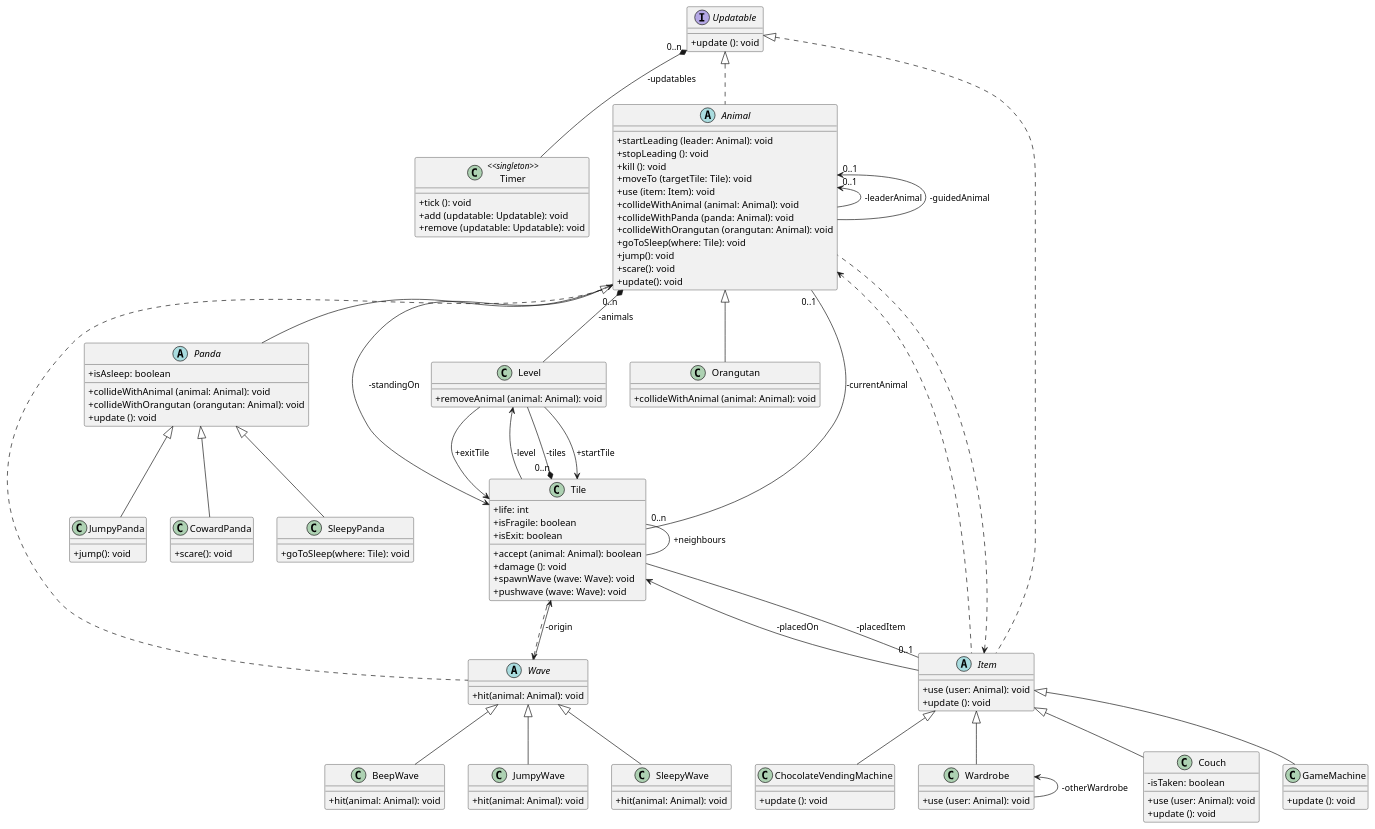
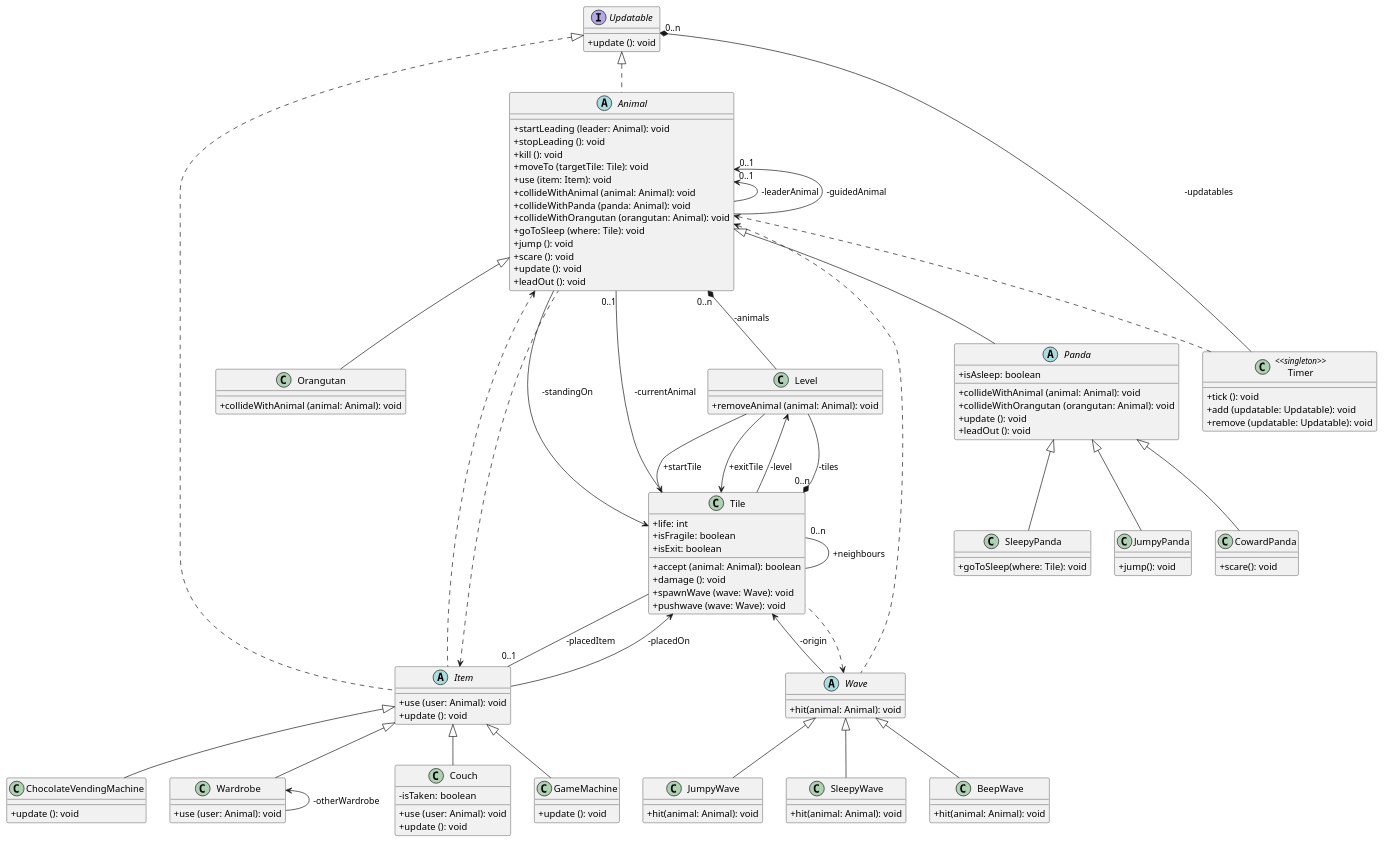
One commit to bokovhu/software-project-laboratory-assignment changed the diagram in 3-analysis-modell/java/src/main/plantuml/ClassDiagram.puml. Above: the diagram before and after it, drawn with PlantUML. The commit also changed 2 other files, not shown here.

Commit message:
Added state chart diagrams

```diff
--- a/3-analysis-modell/java/src/main/plantuml/ClassDiagram.puml
+++ b/3-analysis-modell/java/src/main/plantuml/ClassDiagram.puml
@@ -1,174 +1,178 @@
 @startuml
 
 skinparam classAttributeIconSize 0
 skinparam guillemet false
 
 ' ==========
 ' Interfaces
 ' ==========
 
 interface Updatable {
     +update (): void
 }
 
 ' =======
 ' Classes
 ' =======
 
 class Timer <<singleton>> {
     +tick (): void
     +add (updatable: Updatable): void
     +remove (updatable: Updatable): void
 }
 
 class Level {
     +removeAnimal (animal: Animal): void
 }
 
 class Tile {
     +life: int
     +isFragile: boolean
     +isExit: boolean
     +accept (animal: Animal): boolean
     +damage (): void
     +spawnWave (wave: Wave): void
     +pushwave (wave: Wave): void
 }
 
 abstract class Animal {
     +startLeading (leader: Animal): void
     +stopLeading (): void
     +kill (): void
     +moveTo (targetTile: Tile): void
     +use (item: Item): void
     +collideWithAnimal (animal: Animal): void
     +collideWithPanda (panda: Animal): void
     +collideWithOrangutan (orangutan: Animal): void
-    +goToSleep(where: Tile): void
-    +jump(): void
-    +scare(): void
-    +update(): void
+    +goToSleep (where: Tile): void
+    +jump (): void
+    +scare (): void
+    +update (): void
+    +leadOut (): void
 }
 
 abstract class Item {
     +use (user: Animal): void
     +update (): void
 }
 
 abstract class Panda {
     +isAsleep: boolean
     +collideWithAnimal (animal: Animal): void
     +collideWithOrangutan (orangutan: Animal): void
     +update (): void
+    +leadOut (): void
 }
 
 class SleepyPanda {
     +goToSleep(where: Tile): void
 }
 
 class JumpyPanda {
     +jump(): void
 }
 
 class CowardPanda {
     +scare(): void
 }
 
 class Orangutan {
     +collideWithAnimal (animal: Animal): void
 }
 
 class Couch {
     -isTaken: boolean
     +use (user: Animal): void
     +update (): void
 }
 
 class GameMachine {
     +update (): void
 }
 
 class ChocolateVendingMachine {
     +update (): void
 }
 
 class Wardrobe {
     +use (user: Animal): void
 }
 
 abstract class Wave {
     +hit(animal: Animal): void
 }
 
 class SleepyWave{
     +hit(animal: Animal): void
 }
 
 class BeepWave{
     +hit(animal: Animal): void
 }
 
 class JumpyWave{
     +hit(animal: Animal): void
 }
 ' ===========
 ' Inheritance
 ' ===========
 
 Updatable <|.. Animal
 Updatable <|.. Item
 
 Animal <|-- Panda
 Panda<|-- SleepyPanda
 Panda<|-- JumpyPanda
 Panda<|-- CowardPanda
 Animal <|-- Orangutan
 
 Item <|-- Couch
 Item <|-- GameMachine
 Item <|-- ChocolateVendingMachine
 Item <|-- Wardrobe
 
 Wave<|-- JumpyWave
 Wave<|-- SleepyWave
 Wave<|-- BeepWave
 
 ' ============
 ' Compositions
 ' ============
 
 Updatable "0..n" *-- Timer : -updatables
 Tile "0..n" *-- Level : -tiles
 Animal "0..n" *-- Level : -animals
 
 ' ============
 ' Associations
 ' ============
 
 Tile "0..n" -- Tile : +neighbours
 
 Tile <-- Animal : -standingOn
 Animal "0..1" -- Tile : -currentAnimal
 
 Animal "0..1" <-- Animal : -leaderAnimal
 Animal "0..1" <-- Animal : -guidedAnimal
 
 Tile <-- Item : -placedOn
 Item "0..1" -- Tile : -placedItem
 
 Tile <-- Wave : -origin
 
 Wave <.. Tile
 Tile <-- Level : +startTile
 Tile <-- Level : +exitTile
 
 Animal <.. Item
 Item <.. Animal
 
 Wardrobe <-- Wardrobe : -otherWardrobe
 
 Level <-- Tile : -level
 
 Animal <.. Wave
 
+Animal <.. Timer
+
 @enduml
```
